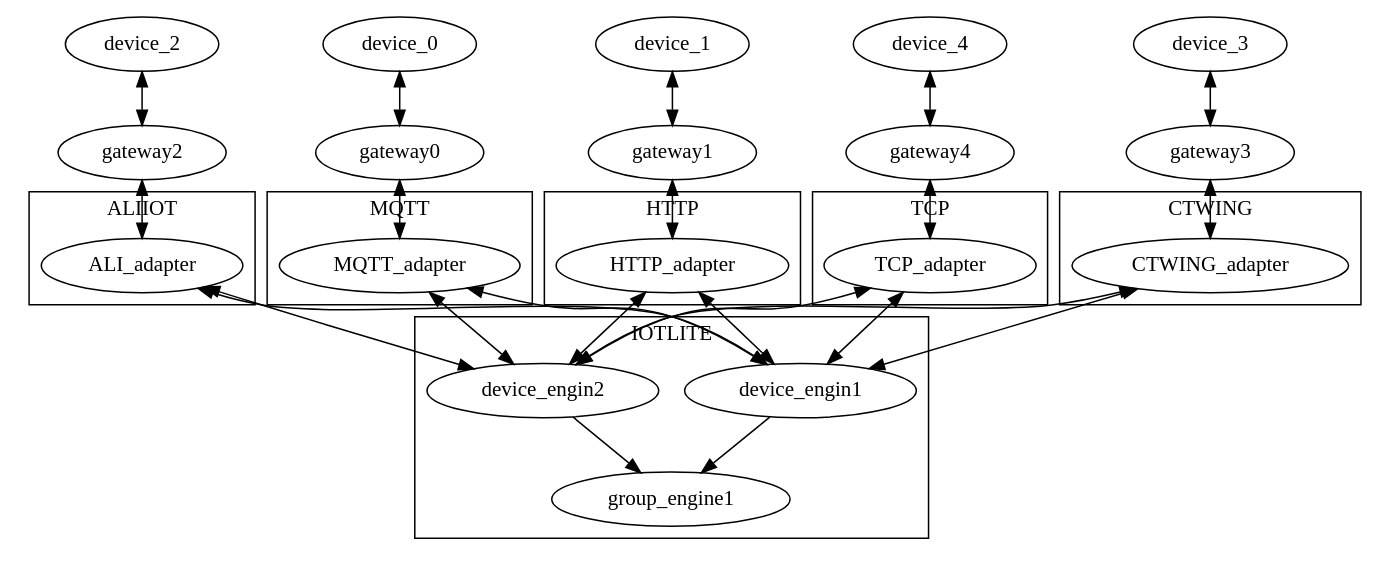
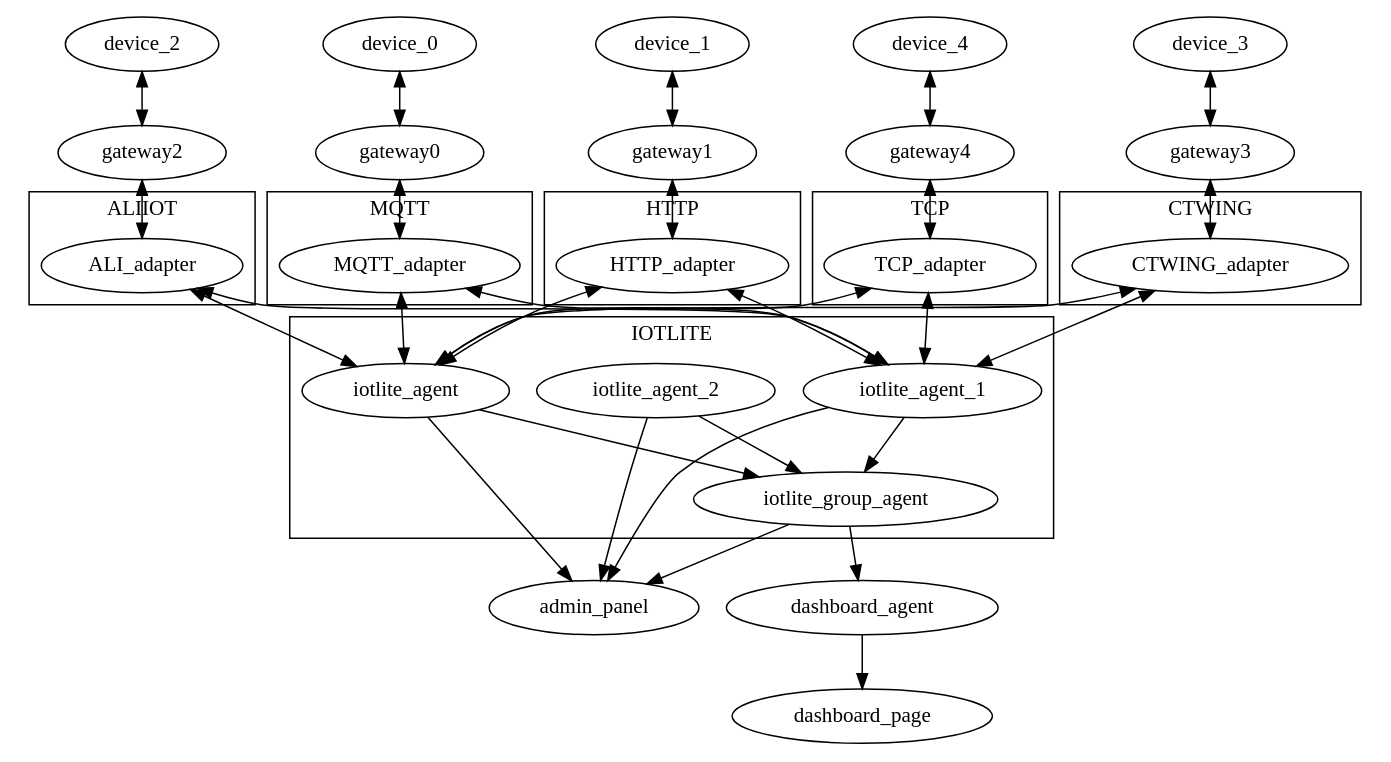
The diagram in diagram/architecture.dot (Crtrpt/iotlite_admin), drawn with Graphviz before and after one commit. The commit also changed 4 other files, not shown here.

```diff
--- a/diagram/architecture.dot
+++ b/diagram/architecture.dot
@@ -1,49 +1,60 @@
 digraph G {
    subgraph cluster_CTWING {
 		CTWING_adapter ;
 		label = "CTWING";
 	}
    subgraph cluster_ALIIOT {
 		ALI_adapter ;
 		label = "ALIIOT";
 	}
 
-  subgraph cluster_MQTT {
+    subgraph cluster_MQTT {
 		MQTT_adapter ;
 		label = "MQTT";
 	}
 
-  subgraph cluster_HTTP {
+    subgraph cluster_HTTP {
 		HTTP_adapter ;
 		label = "HTTP";
 	}
 
-  subgraph cluster_TCP {
+    subgraph cluster_TCP {
 		TCP_adapter ;
 		label = "TCP";
 	}
 
-  subgraph cluster_IOTLITE {
-		device_engin1->group_engine1;
-    device_engin2->group_engine1;
+    subgraph cluster_IOTLITE {
+      	iotlite_agent_2->iotlite_group_agent;
+		iotlite_agent_1->iotlite_group_agent;
+        iotlite_agent->iotlite_group_agent;
 		label = "IOTLITE";
 	}
+
+   	iotlite_agent_2->admin_panel;
+	iotlite_agent_1->admin_panel;
+    iotlite_agent->admin_panel;
+    iotlite_group_agent->admin_panel;
+
+
+   iotlite_group_agent->dashboard_agent;
+
+   dashboard_agent->dashboard_page
 
   device_0->gateway0->MQTT_adapter[dir="both"]
   device_1->gateway1->HTTP_adapter[dir="both"]
   device_2->gateway2->ALI_adapter[dir="both"]
   device_3->gateway3->CTWING_adapter[dir="both"]
   device_4->gateway4->TCP_adapter[dir="both"]
 
-  MQTT_adapter -> device_engin1[dir="both"]
-  HTTP_adapter -> device_engin1[dir="both"]
-  TCP_adapter->device_engin1[dir="both"]
-  ALI_adapter -> device_engin1[dir="both"]
-  CTWING_adapter->device_engin1[dir="both"]
+  MQTT_adapter -> iotlite_agent_1[dir="both"]
+  HTTP_adapter -> iotlite_agent_1[dir="both"]
+  TCP_adapter->iotlite_agent_1[dir="both"]
+  ALI_adapter -> iotlite_agent_1[dir="both"]
+  CTWING_adapter->iotlite_agent_1[dir="both"]
 
-  MQTT_adapter -> device_engin2[dir="both"]
-  HTTP_adapter -> device_engin2[dir="both"]
-  TCP_adapter->device_engin2[dir="both"]
-  ALI_adapter -> device_engin2[dir="both"]
-  CTWING_adapter->device_engin2[dir="both"]
+  MQTT_adapter -> iotlite_agent[dir="both"]
+  HTTP_adapter -> iotlite_agent[dir="both"]
+  TCP_adapter->iotlite_agent[dir="both"]
+  ALI_adapter -> iotlite_agent[dir="both"]
+  CTWING_adapter->iotlite_agent[dir="both"]
 }
```
